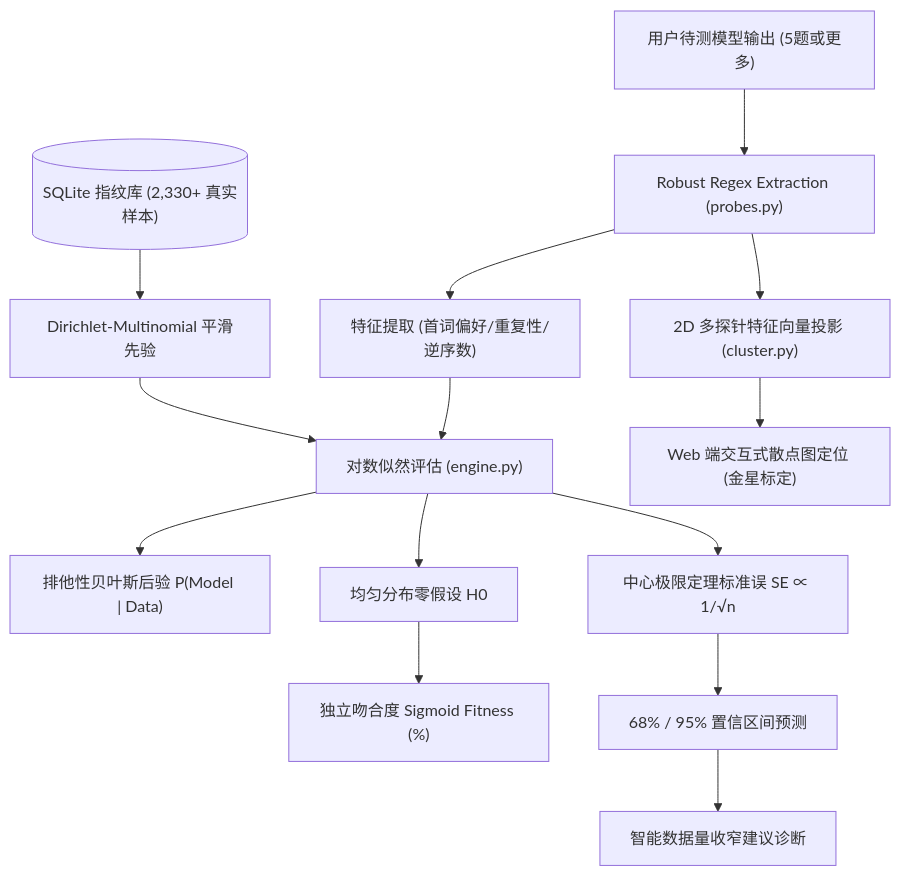
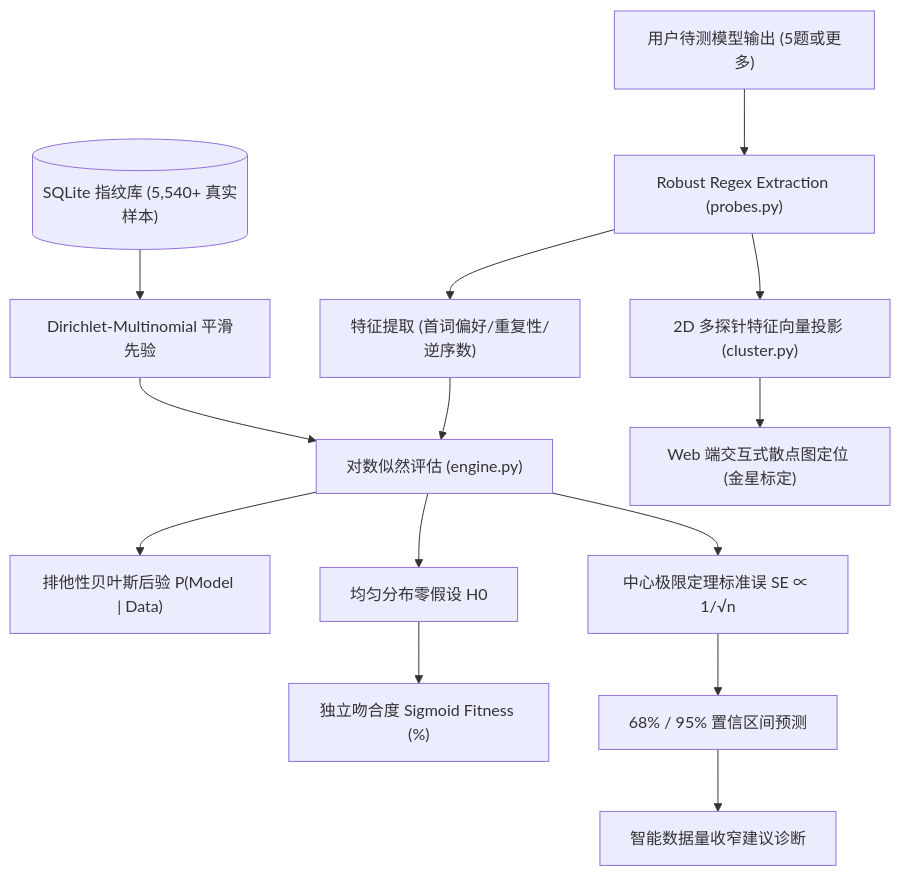
The diagram in AGENTS.md (mcocdaa/StatLLM), drawn with Mermaid before and after one commit. The commit also changed 5 other files, not shown here.

````diff
--- a/AGENTS.md
+++ b/AGENTS.md
@@ -127,20 +127,20 @@
 ```mermaid
 flowchart TD
     UserQuery["用户待测模型输出 (5题或更多)"] --> Extraction["Robust Regex Extraction (probes.py)"]
     Extraction --> Traits["特征提取 (首词偏好/重复性/逆序数)"]
     Traits --> Likelihood["对数似然评估 (engine.py)"]
     
-    DB[("SQLite 指纹库 (2,330+ 真实样本)")] --> Prior["Dirichlet-Multinomial 平滑先验"]
+    DB[("SQLite 指纹库 (5,540+ 真实样本)")] --> Prior["Dirichlet-Multinomial 平滑先验"]
     Prior --> Likelihood
     
     Likelihood --> Posterior["排他性贝叶斯后验 P(Model | Data)"]
     Likelihood --> NullModel["均匀分布零假设 H0"]
     NullModel --> Fitness["独立吻合度 Sigmoid Fitness (%)"]
     
     Likelihood --> SE["中心极限定理标准误 SE ∝ 1/√n"]
     SE --> CI["68% / 95% 置信区间预测"]
     CI --> AdvisoryCard["智能数据量收窄建议诊断"]
     
     Extraction --> PCA["2D 多探针特征向量投影 (cluster.py)"]
     PCA --> Canvas["Web 端交互式散点图定位 (金星标定)"]
 ```
````
